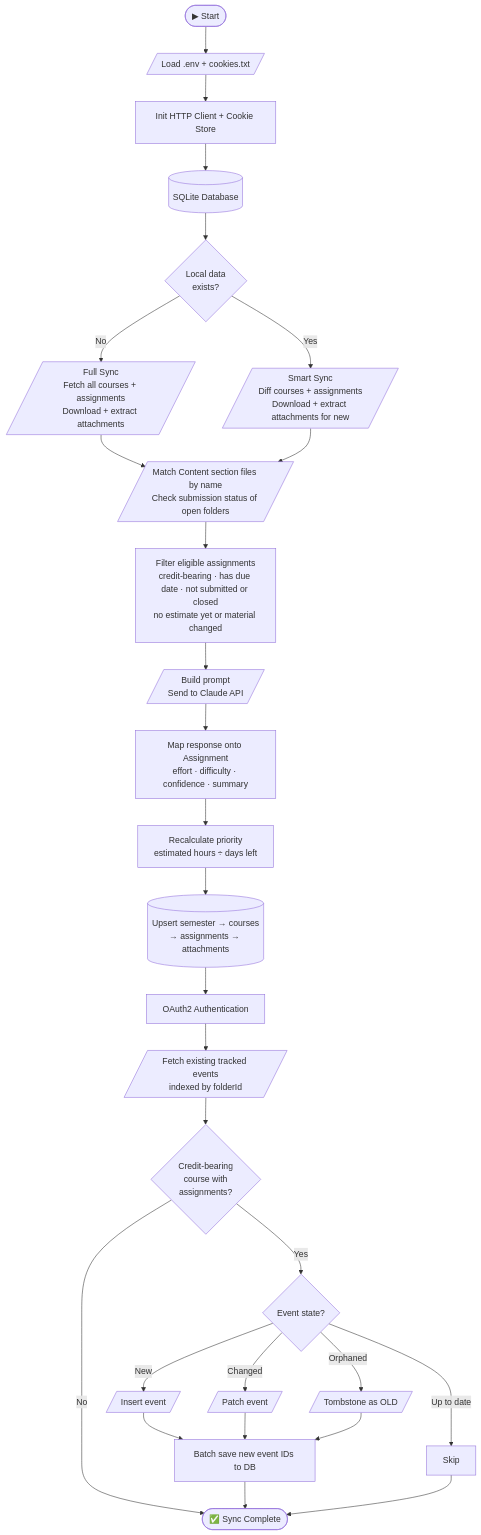
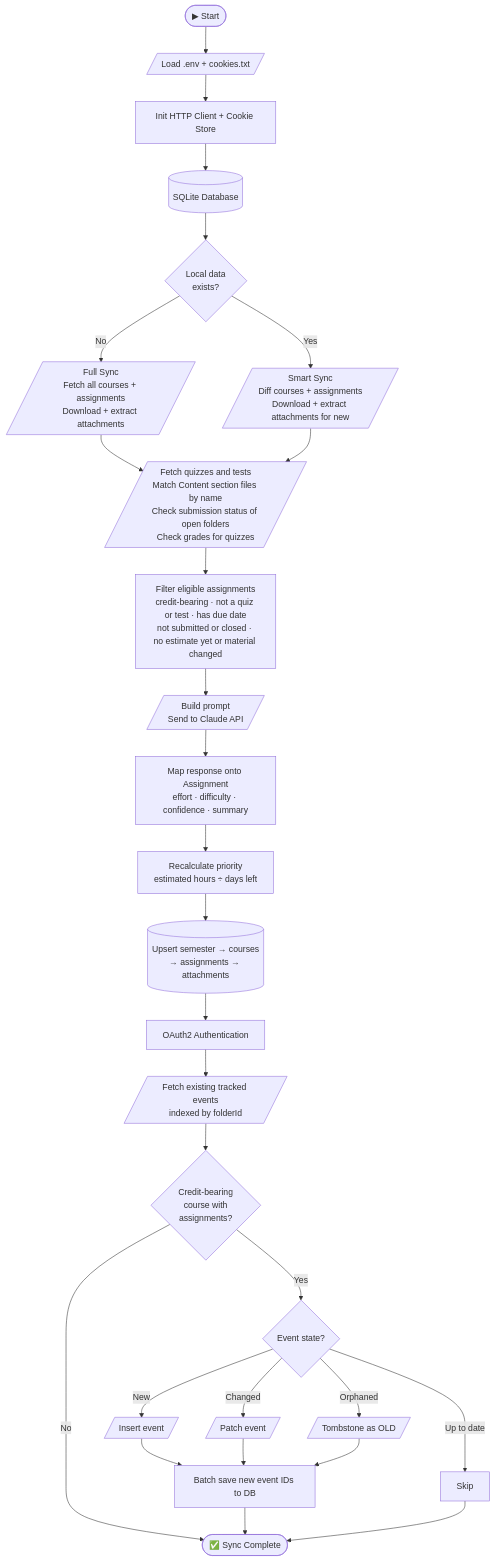
Before and after one commit to Adamolids/Brightspace_Assignment_Tracker: the diagram in README.md, drawn with Mermaid. The commit also changed other lines of this file and 20 other files, not shown here.

First line of the commit message:
Track quizzes and tests on the calendar

````diff
--- a/README.md
+++ b/README.md
@@ -65,44 +76,44 @@
 ```mermaid
 flowchart TD
     START([▶ Start])
 
     START --> A1
 
     A1[/Load .env + cookies.txt/] --> A2[Init HTTP Client + Cookie Store]
     A2 --> A3[(SQLite Database)]
 
     A3 --> B1
 
     B1{Local data<br/>exists?}
     B1 -->|No| B2[/Full Sync<br/>Fetch all courses + assignments<br/>Download + extract attachments/]
     B1 -->|Yes| B3[/Smart Sync<br/>Diff courses + assignments<br/>Download + extract attachments for new/]
 
-    B2 & B3 --> B4[/Match Content section files by name<br/>Check submission status of open folders/]
+    B2 & B3 --> B4[/Fetch quizzes and tests<br/>Match Content section files by name<br/>Check submission status of open folders<br/>Check grades for quizzes/]
 
     B4 --> C1
 
-    C1[Filter eligible assignments<br/>credit-bearing · has due date · not submitted or closed<br/>no estimate yet or material changed] --> C2[/Build prompt<br/>Send to Claude API/]
+    C1[Filter eligible assignments<br/>credit-bearing · not a quiz or test · has due date<br/>not submitted or closed · no estimate yet or material changed] --> C2[/Build prompt<br/>Send to Claude API/]
     C2 --> C3[Map response onto Assignment<br/>effort · difficulty · confidence · summary]
 
     C3 --> C4[Recalculate priority<br/>estimated hours ÷ days left]
 
     C4 --> D1
 
     D1[(Upsert semester → courses<br/>→ assignments → attachments)]
 
     D1 --> E1
 
     E1[OAuth2 Authentication] --> E2[/Fetch existing tracked events<br/>indexed by folderId/]
     E2 --> D2{Credit-bearing<br/>course with<br/>assignments?}
     D2 -->|No| END
     D2 -->|Yes| E3{Event state?}
 
     E3 -->|New| E4[/Insert event/]
     E3 -->|Changed| E5[/Patch event/]
     E3 -->|Up to date| E6[Skip]
     E3 -->|Orphaned| E7[/Tombstone as OLD/]
 
     E4 & E5 & E7 --> E8[Batch save new event IDs to DB]
 
     E8 & E6 --> END([✅ Sync Complete])
 ```
````
